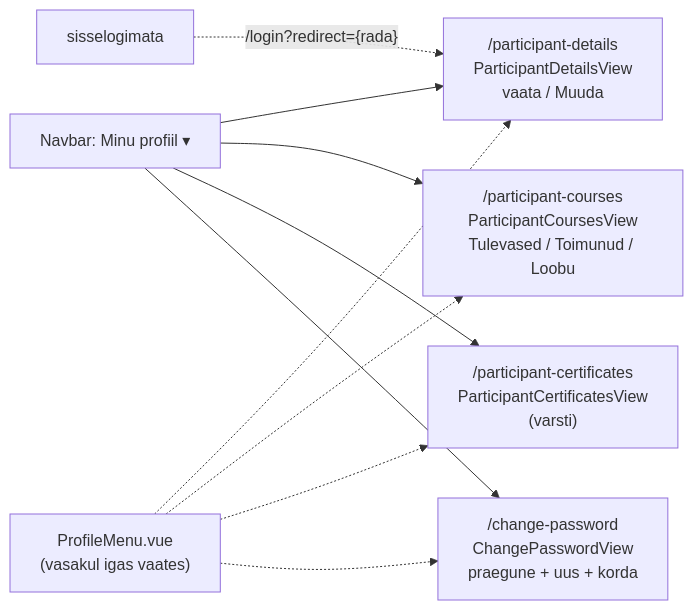
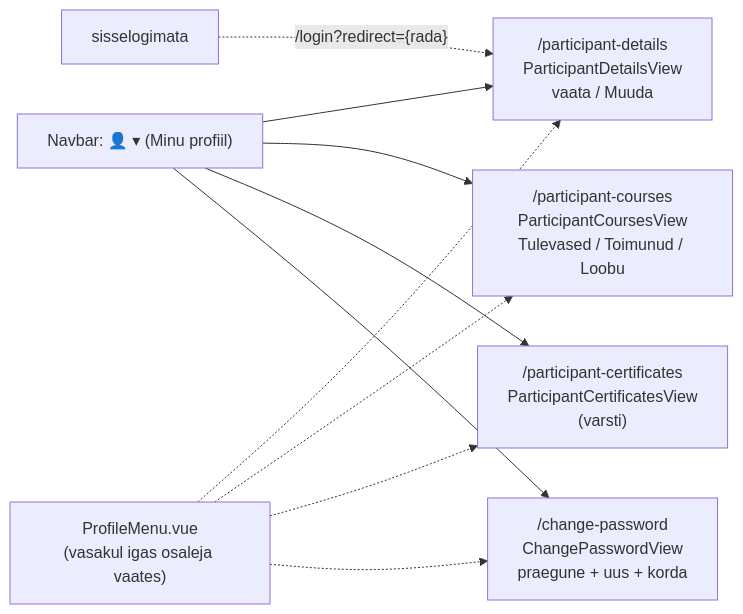
Before and after one commit to FredLehing/bcs-koolitused: the first of 5 diagrams in docs/mock-wireframe/loo-mock-vaade/profile-view/profile-view-skeemid.md, drawn with Mermaid. The commit also changed other lines of this file and 30 other files, not shown here.

````diff
--- a/docs/mock-wireframe/loo-mock-vaade/profile-view/profile-view-skeemid.md
+++ b/docs/mock-wireframe/loo-mock-vaade/profile-view/profile-view-skeemid.md
@@ -100,13 +103,13 @@
 ```mermaid
 flowchart LR
-    Nav["Navbar: Minu profiil ▾"] --> D
+    Nav["Navbar: 👤 ▾ (Minu profiil)"] --> D
     Nav --> C
     Nav --> T
     Nav --> W
-    Menu["ProfileMenu.vue<br/>(vasakul igas vaates)"] -.-> D & C & T & W
+    Menu["ProfileMenu.vue<br/>(vasakul igas osaleja vaates)"] -.-> D & C & T & W
     D["/participant-details<br/>ParticipantDetailsView<br/>vaata / Muuda"]
     C["/participant-courses<br/>ParticipantCoursesView<br/>Tulevased / Toimunud / Loobu"]
     T["/participant-certificates<br/>ParticipantCertificatesView<br/>(varsti)"]
     W["/change-password<br/>ChangePasswordView<br/>praegune + uus + korda"]
     Login["sisselogimata"] -.->|"/login?redirect={rada}"| D
 ```
````
